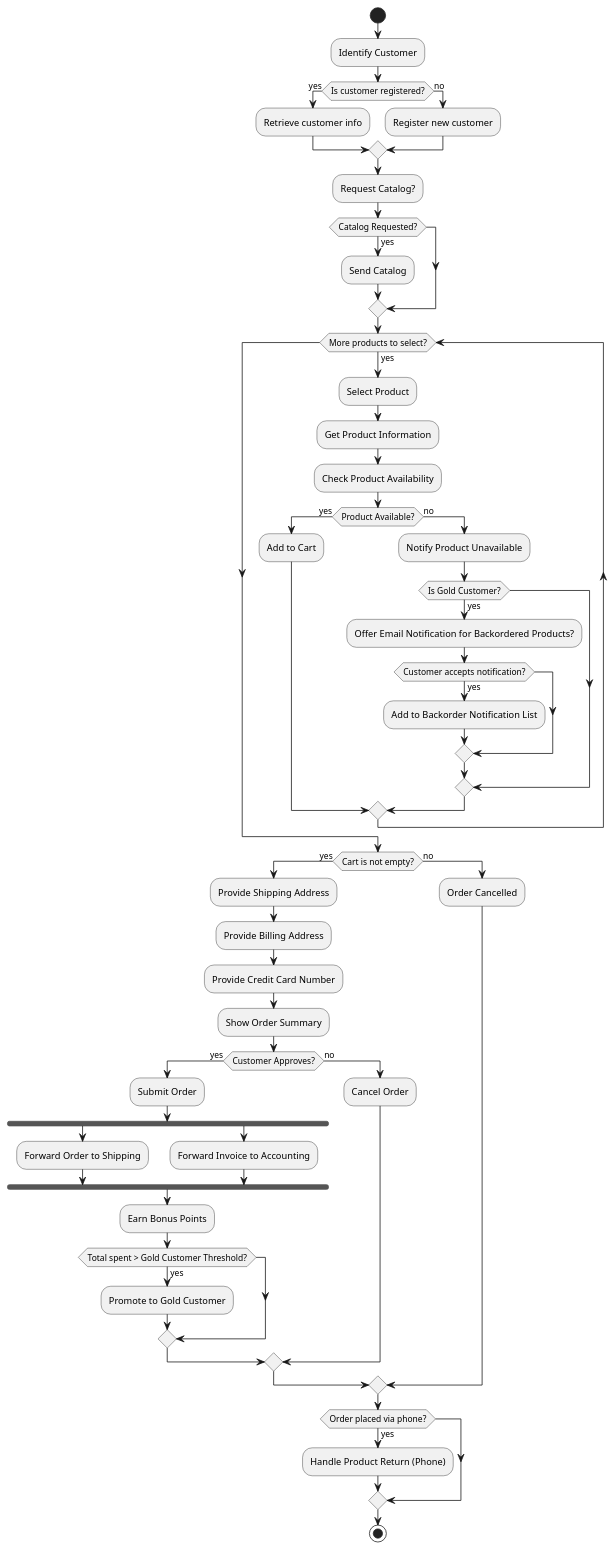
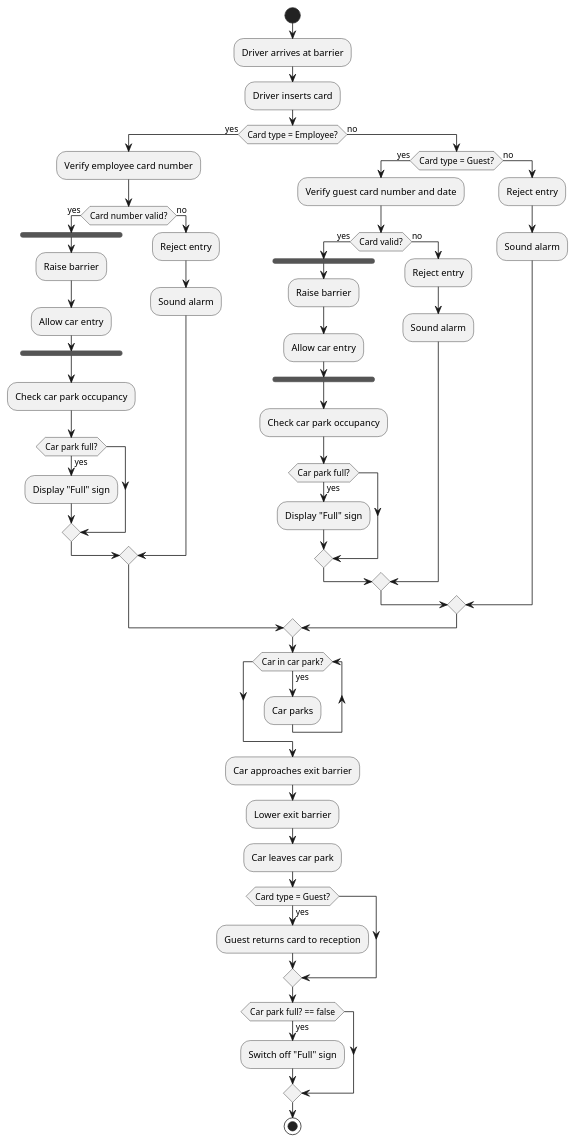
Before and after one commit to vrajkmrpatel/minor-project: the diagram in LANGCHAIN/evaluateActivity/clarifiedAD_llama_round5.puml, drawn with PlantUML. The commit also changed 15 other files, not shown here.

```diff
--- a/LANGCHAIN/evaluateActivity/clarifiedAD_llama_round5.puml
+++ b/LANGCHAIN/evaluateActivity/clarifiedAD_llama_round5.puml
@@ -1,61 +1,56 @@
 @startuml
 start
 
-:Identify Customer;
-if (Is customer registered?) then (yes)
-    :Retrieve customer info;
-else (no)
-    :Register new customer;
-endif
-
-:Request Catalog?;
-if (Catalog Requested?) then (yes)
-    :Send Catalog;
-endif
-
-while (More products to select?) is (yes)
-    :Select Product;
-    :Get Product Information;
-    :Check Product Availability;
-    if (Product Available?) then (yes)
-        :Add to Cart;
-    else (no)
-        :Notify Product Unavailable;
-        if (Is Gold Customer?) then (yes)
-            :Offer Email Notification for Backordered Products?;
-            if (Customer accepts notification?) then (yes)
-                :Add to Backorder Notification List;
-            endif
-        endif
-    endif
-endwhile
-
-if (Cart is not empty?) then (yes)
-    :Provide Shipping Address;
-    :Provide Billing Address;
-    :Provide Credit Card Number;
-    :Show Order Summary;
-    if (Customer Approves?) then (yes)
-        :Submit Order;
+:Driver arrives at barrier;
+:Driver inserts card;
+if (Card type = Employee?) then (yes)
+    :Verify employee card number;
+    if (Card number valid?) then (yes)
         fork
-            :Forward Order to Shipping;
-        fork again
-            :Forward Invoice to Accounting;
+            :Raise barrier;
+            :Allow car entry;
         end fork
-        :Earn Bonus Points;
-        if (Total spent > Gold Customer Threshold?) then (yes)
-            :Promote to Gold Customer;
+        :Check car park occupancy;
+        if (Car park full?) then (yes)
+            :Display "Full" sign;
         endif
     else (no)
-        :Cancel Order;
+        :Reject entry;
+        :Sound alarm;
     endif
 else (no)
-    :Order Cancelled;
+    if (Card type = Guest?) then (yes)
+        :Verify guest card number and date;
+        if (Card valid?) then (yes)
+            fork
+                :Raise barrier;
+                :Allow car entry;
+            end fork
+            :Check car park occupancy;
+            if (Car park full?) then (yes)
+                :Display "Full" sign;
+            endif
+        else (no)
+            :Reject entry;
+            :Sound alarm;
+        endif
+    else (no)
+        :Reject entry;
+        :Sound alarm;
+    endif
 endif
-
-if (Order placed via phone?) then (yes)
-    :Handle Product Return (Phone);
+while (Car in car park?) is (yes)
+    :Car parks;
+endwhile
+:Car approaches exit barrier;
+:Lower exit barrier;
+:Car leaves car park;
+if (Card type = Guest?) then (yes)
+    :Guest returns card to reception;
+endif
+if (Car park full? == false) then (yes)
+    :Switch off "Full" sign;
 endif
 
 stop
 @enduml
```
